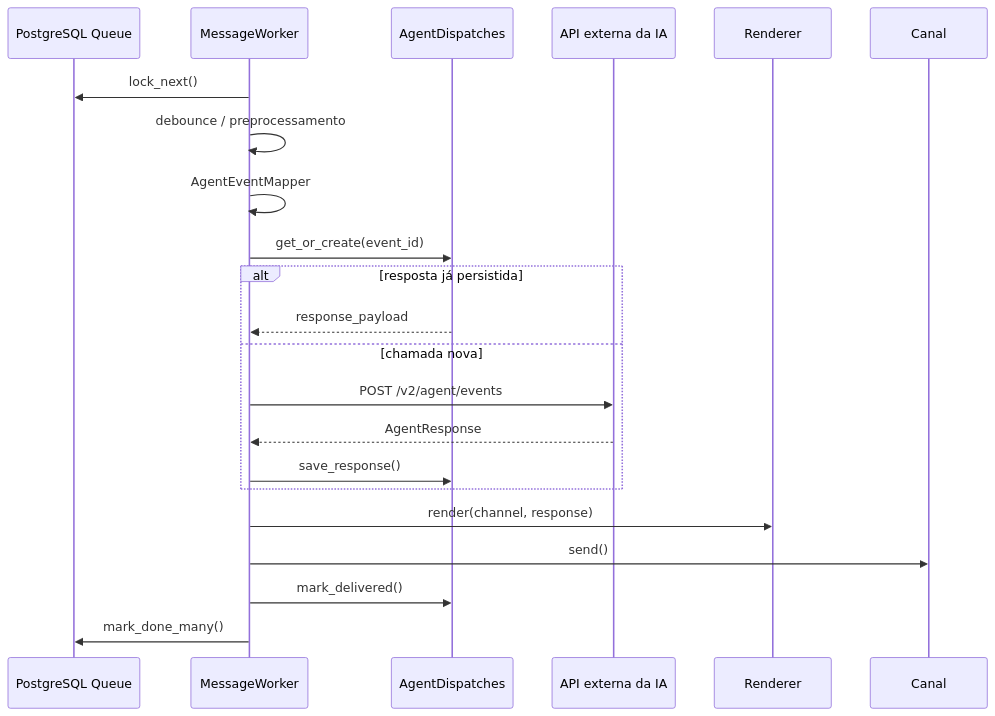
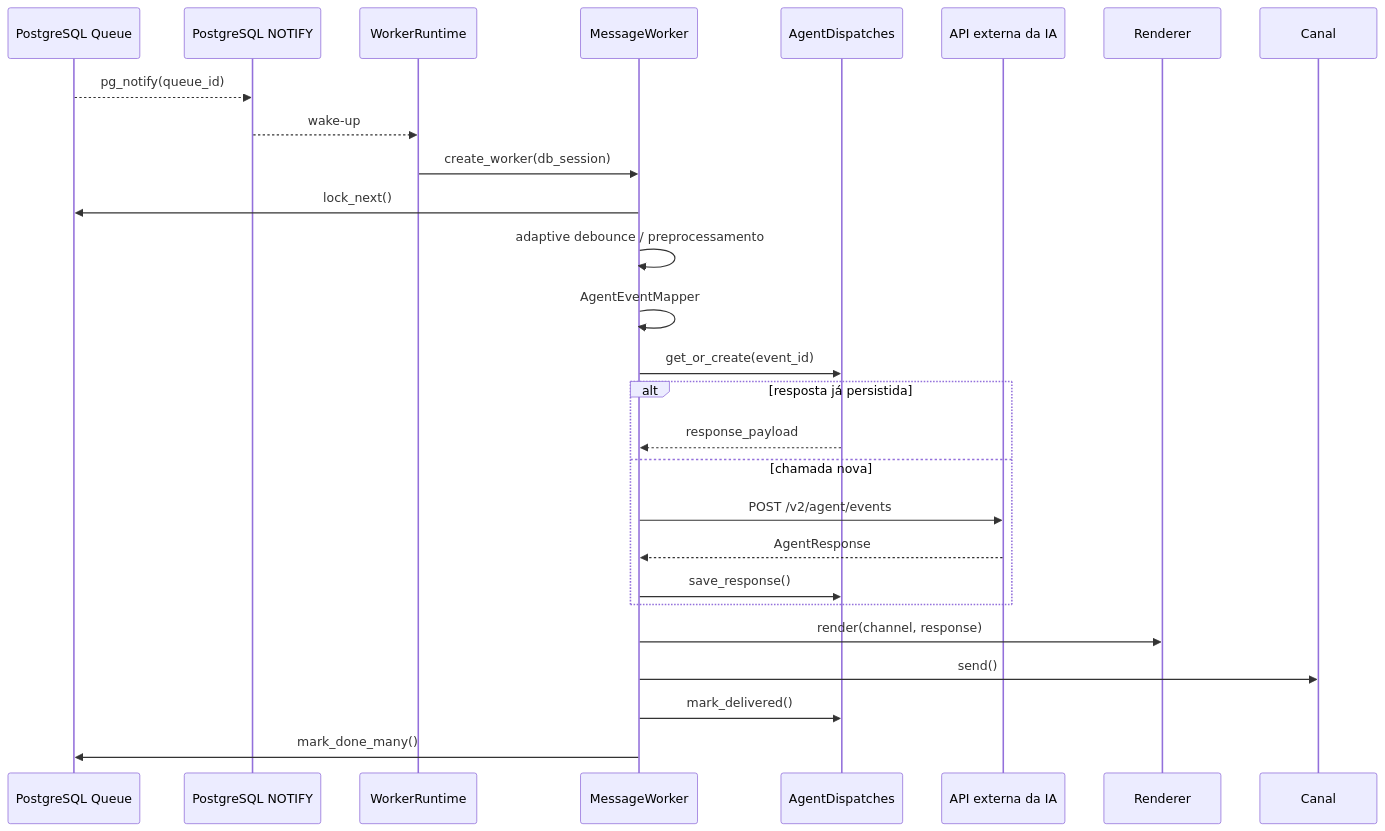
One commit to rogeriomind/PMO_productpulse changed the diagram in docs/worker-architecture.md. Above: the diagram before and after it, drawn with Mermaid. The commit also changed other lines of this file and 21 other files, not shown here.

Commit message:
Implement persistent worker wakeup and adaptive debounce

````diff
--- a/docs/worker-architecture.md
+++ b/docs/worker-architecture.md
@@ -5,25 +7,30 @@
 ```mermaid
 sequenceDiagram
   participant Q as PostgreSQL Queue
+  participant N as PostgreSQL NOTIFY
+  participant R as WorkerRuntime
   participant W as MessageWorker
   participant D as AgentDispatches
   participant A as API externa da IA
-  participant R as Renderer
+  participant O as Renderer
   participant C as Canal
 
+  Q-->>N: pg_notify(queue_id)
+  N-->>R: wake-up
+  R->>W: create_worker(db_session)
   W->>Q: lock_next()
-  W->>W: debounce / preprocessamento
+  W->>W: adaptive debounce / preprocessamento
   W->>W: AgentEventMapper
   W->>D: get_or_create(event_id)
   alt resposta já persistida
     D-->>W: response_payload
   else chamada nova
     W->>A: POST /v2/agent/events
     A-->>W: AgentResponse
     W->>D: save_response()
   end
-  W->>R: render(channel, response)
+  W->>O: render(channel, response)
   W->>C: send()
   W->>D: mark_delivered()
   W->>Q: mark_done_many()
 ```
````
